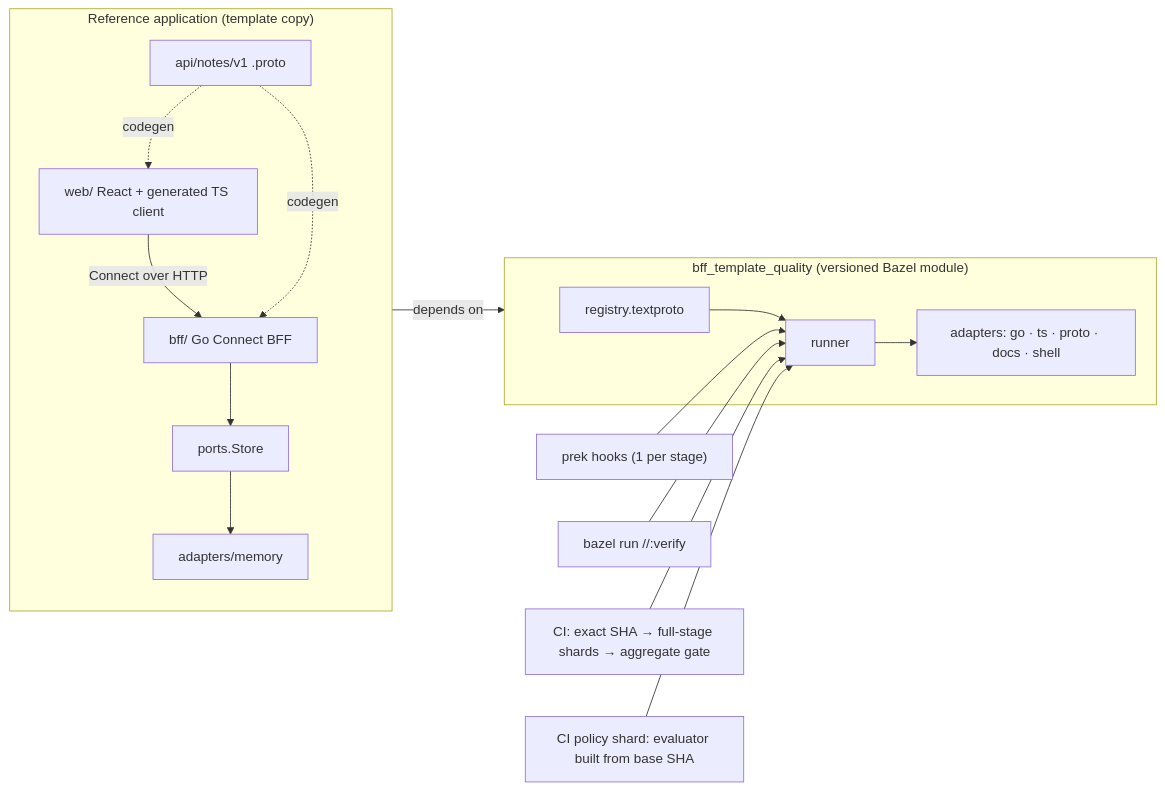
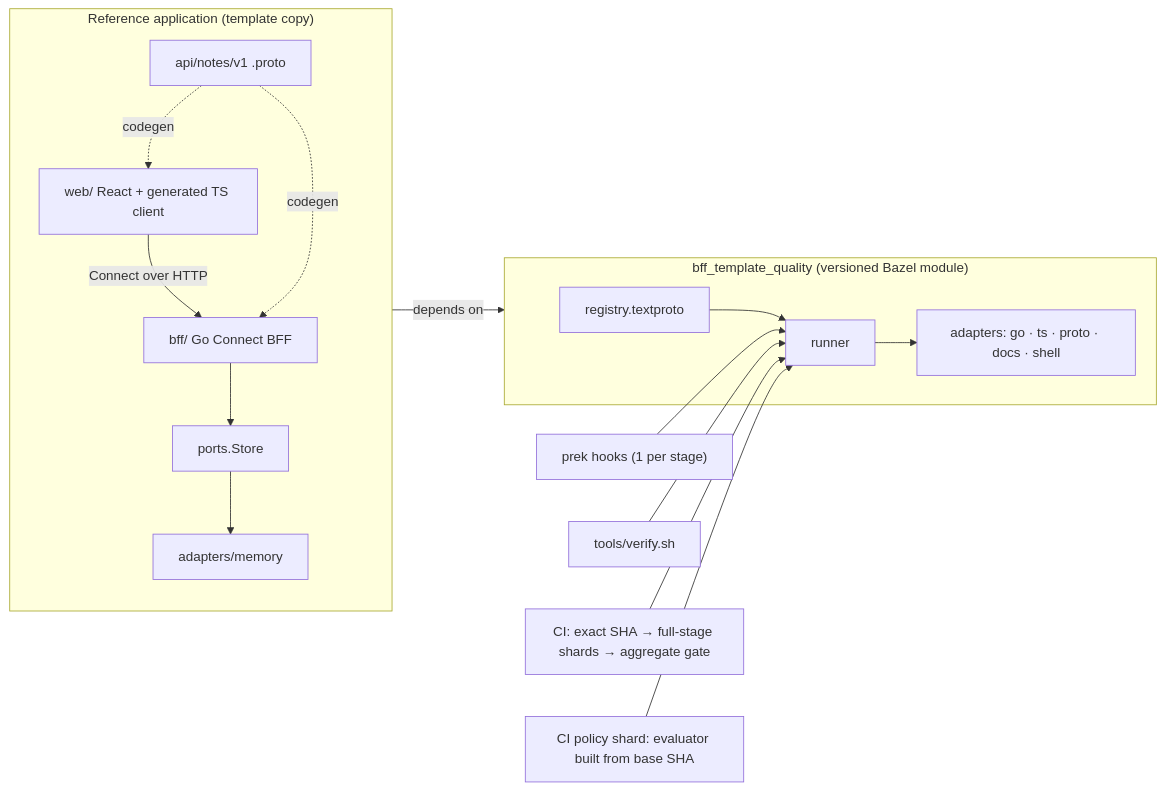
Before and after one commit to selamy-labs/bazel-protobuf-bff-template: the diagram in specs/001-bff-template-foundation/design.md, drawn with Mermaid. The commit also changed other lines of this file and 85 other files, not shown here.

````diff
--- a/specs/001-bff-template-foundation/design.md
+++ b/specs/001-bff-template-foundation/design.md
@@ -9,18 +9,18 @@
 ```mermaid
 flowchart LR
   subgraph app["Reference application (template copy)"]
     web["web/ React + generated TS client"] -- Connect over HTTP --> bff["bff/ Go Connect BFF"]
     bff --> port["ports.Store"] --> mem["adapters/memory"]
     api["api/notes/v1 .proto"] -. codegen .-> web
     api -. codegen .-> bff
   end
   subgraph q["bff_template_quality (versioned Bazel module)"]
     reg["registry.textproto"] --> run["runner"]
     run --> ad["adapters: go · ts · proto · docs · shell"]
   end
   prek["prek hooks (1 per stage)"] --> run
-  verify["bazel run //:verify"] --> run
+  verify["tools/verify.sh"] --> run
   ci["CI: exact SHA → full-stage shards → aggregate gate"] --> run
   base["CI policy shard: evaluator built from base SHA"] --> run
   app -- depends on --> q
 ```
````
